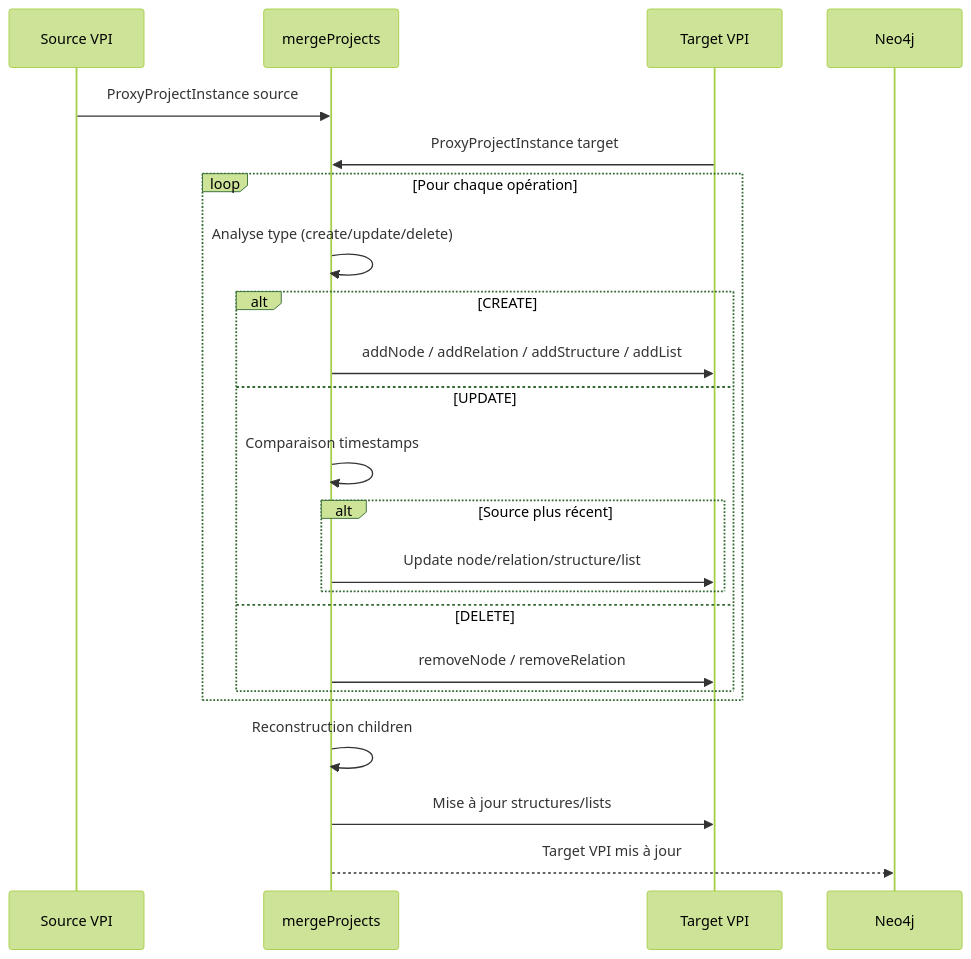
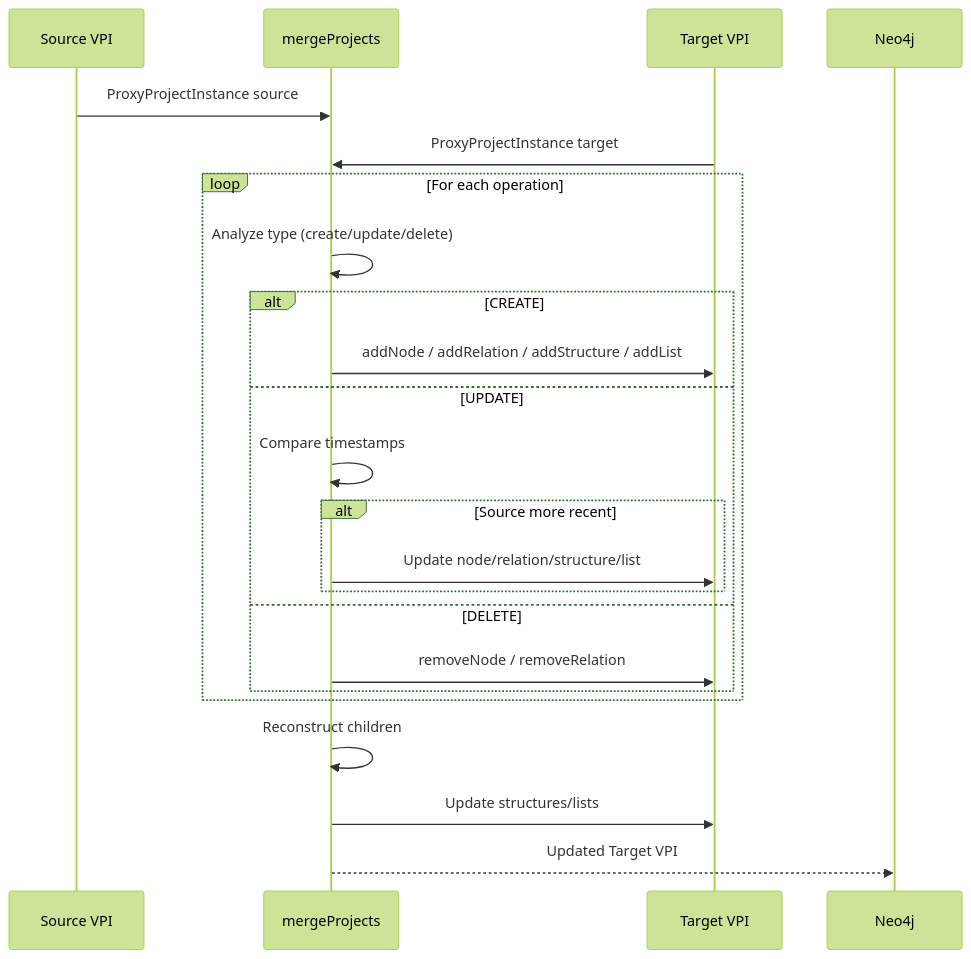
Diagram 11 of 13 in vnv-doc-content/blog/posts/Validation procedures.md (infrasoftbe/vnv-doc), drawn with Mermaid (forest theme) before and after one commit. The commit also changed other lines of this file and 9 other files, not shown here.

````diff
--- a/vnv-doc-content/blog/posts/Validation procedures.md
+++ b/vnv-doc-content/blog/posts/Validation procedures.md
@@ -724,30 +761,30 @@
 ```mermaid
 sequenceDiagram
     participant Source as Source VPI
     participant Merge as mergeProjects
     participant Target as Target VPI
     participant Neo4j
 
     Source->>Merge: ProxyProjectInstance source
     Target->>Merge: ProxyProjectInstance target
     
-    loop Pour chaque opération
-        Merge->>Merge: Analyse type (create/update/delete)
+    loop For each operation
+        Merge->>Merge: Analyze type (create/update/delete)
         
         alt CREATE
             Merge->>Target: addNode / addRelation / addStructure / addList
         else UPDATE
-            Merge->>Merge: Comparaison timestamps
-            alt Source plus récent
+            Merge->>Merge: Compare timestamps
+            alt Source more recent
                 Merge->>Target: Update node/relation/structure/list
             end
         else DELETE
             Merge->>Target: removeNode / removeRelation
         end
     end
     
-    Merge->>Merge: Reconstruction children
-    Merge->>Target: Mise à jour structures/lists
+    Merge->>Merge: Reconstruct children
+    Merge->>Target: Update structures/lists
     
-    Merge-->>Neo4j: Target VPI mis à jour
+    Merge-->>Neo4j: Updated Target VPI
 ```
````
